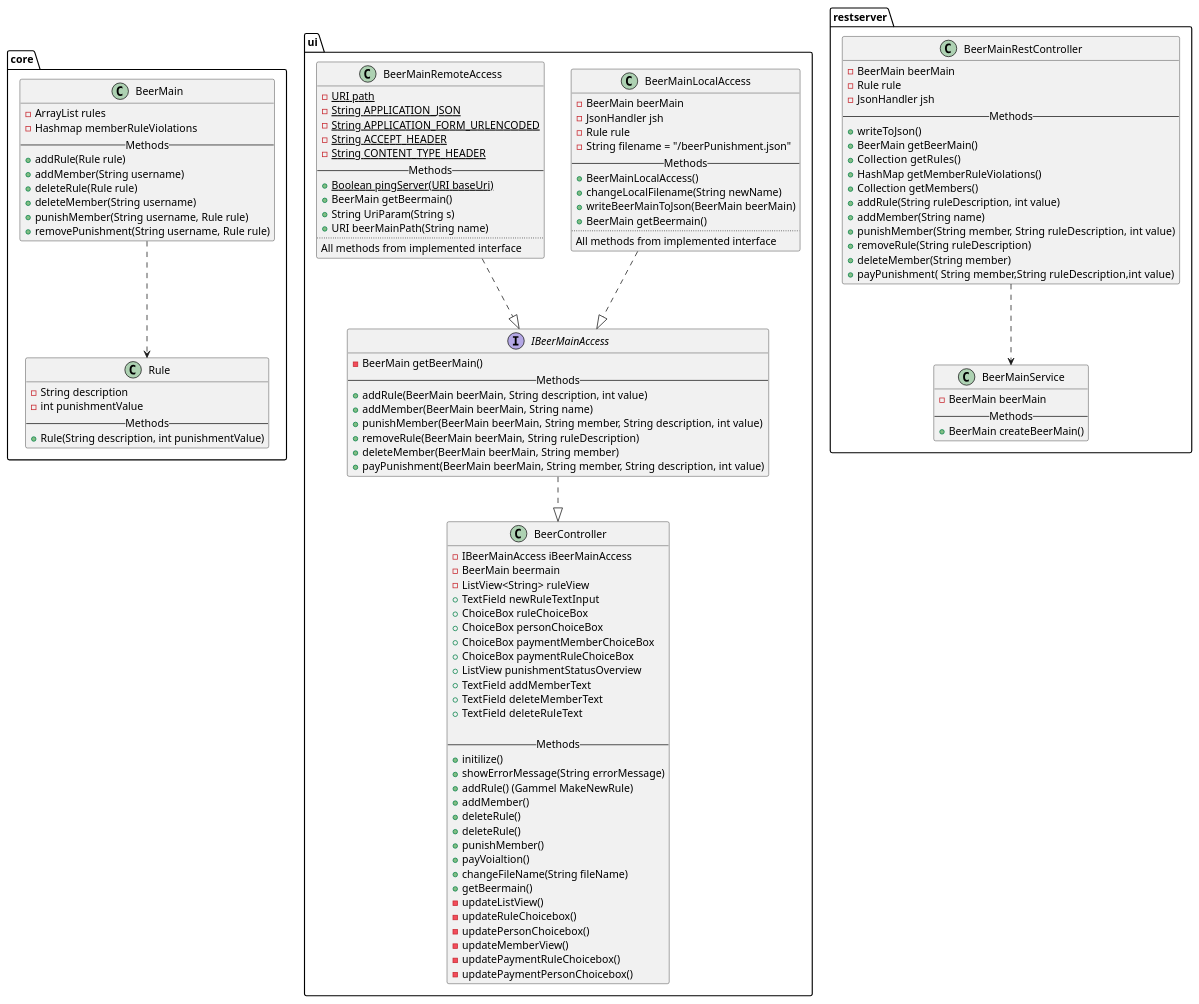
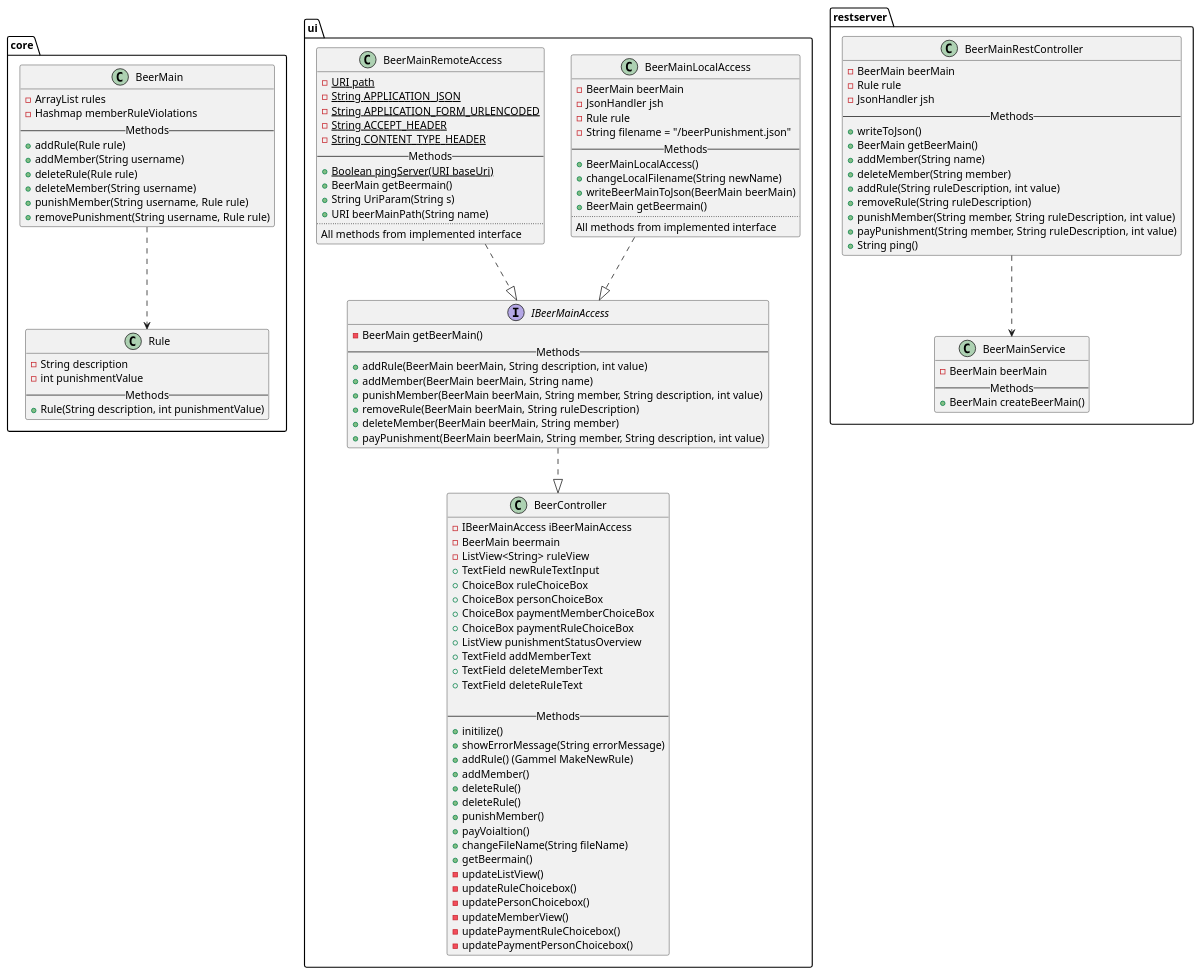
One commit to Annabdoan/it1901 changed the diagram in docs/ClassDiagram.puml. Above: the diagram before and after it, drawn with PlantUML.

Commit message:
(#47) - feat: class diagram for BeerMainRestController

```diff
--- a/docs/ClassDiagram.puml
+++ b/docs/ClassDiagram.puml
@@ -1,125 +1,123 @@
 @startuml
 skinparam componentStyle uml2
 
  package "core" {
    class BeerMain{
      -ArrayList rules
      -Hashmap memberRuleViolations
      -- Methods --
      +addRule(Rule rule)
      +addMember(String username)
      +deleteRule(Rule rule)
      +deleteMember(String username)
      +punishMember(String username, Rule rule)
      +removePunishment(String username, Rule rule)
    }
    class Rule{
    -String description
    -int punishmentValue
    -- Methods --
    +Rule(String description, int punishmentValue)
    }
    BeerMain ..> Rule
 }
 
 package "ui"{
     class BeerController{
     -IBeerMainAccess iBeerMainAccess
     -BeerMain beermain
     - ListView<String> ruleView
     + TextField newRuleTextInput
     + ChoiceBox ruleChoiceBox
     + ChoiceBox personChoiceBox
     + ChoiceBox paymentMemberChoiceBox
     + ChoiceBox paymentRuleChoiceBox
     + ListView punishmentStatusOverview
     + TextField addMemberText
     + TextField deleteMemberText
     + TextField deleteRuleText
 
     -- Methods --
     +initilize()
     +showErrorMessage(String errorMessage)
     +addRule() (Gammel MakeNewRule)
     +addMember()
     +deleteRule()
     +deleteRule()
     +punishMember()
     +payVoialtion()
     +changeFileName(String fileName)
     +getBeermain()
     -updateListView()
     -updateRuleChoicebox()
     -updatePersonChoicebox()
     -updateMemberView()
     -updatePaymentRuleChoicebox()
     -updatePaymentPersonChoicebox()
    }
    class BeerMainLocalAccess {
    -BeerMain beerMain
    -JsonHandler jsh
    -Rule rule
    -String filename = "/beerPunishment.json"
    -- Methods --
    +BeerMainLocalAccess()
    +changeLocalFilename(String newName)
    +writeBeerMainToJson(BeerMain beerMain)
    +BeerMain getBeermain()
    ..
    All methods from implemented interface
    }
    class BeerMainRemoteAccess {
    -{static}URI path
    -{static}String APPLICATION_JSON
    -{static}String APPLICATION_FORM_URLENCODED
    -{static}String ACCEPT_HEADER
    -{static}String CONTENT_TYPE_HEADER
    -- Methods --
    +{static}Boolean pingServer(URI baseUri)
    +BeerMain getBeermain()
    +String UriParam(String s)
    +URI beerMainPath(String name)
    ..
       All methods from implemented interface
    }
    interface IBeerMainAccess {
    -BeerMain getBeerMain()
    -- Methods --
    +addRule(BeerMain beerMain, String description, int value)
    +addMember(BeerMain beerMain, String name)
    +punishMember(BeerMain beerMain, String member, String description, int value)
    +removeRule(BeerMain beerMain, String ruleDescription)
    +deleteMember(BeerMain beerMain, String member)
    +payPunishment(BeerMain beerMain, String member, String description, int value)
    }
    BeerMainLocalAccess ..|> IBeerMainAccess
    BeerMainRemoteAccess ..|> IBeerMainAccess
    IBeerMainAccess ..|> BeerController
 }
 
 package "restserver"{
     class BeerMainRestController {
     -BeerMain beerMain
     -Rule rule
     -JsonHandler jsh
     -- Methods --
     +writeToJson()
     +BeerMain getBeerMain()
-    +Collection  getRules()
-    +HashMap getMemberRuleViolations()
-    +Collection getMembers()
-    +addRule(String ruleDescription, int value)
-    +addMember(String name)
-    +punishMember(String member, String ruleDescription, int value)
-    +removeRule(String ruleDescription)
-    +deleteMember(String member)
-    +payPunishment( String member,String ruleDescription,int value)
+    + addMember(String name)
+    + deleteMember(String member)
+    + addRule(String ruleDescription, int value)
+    + removeRule(String ruleDescription)
+    + punishMember(String member, String ruleDescription, int value)
+    + payPunishment(String member, String ruleDescription, int value)
+    +String ping()
    }
    class BeerMainService{
    -BeerMain beerMain
    -- Methods --
    +BeerMain createBeerMain()
    }
    BeerMainRestController ..> BeerMainService
 }
 @enduml
```
